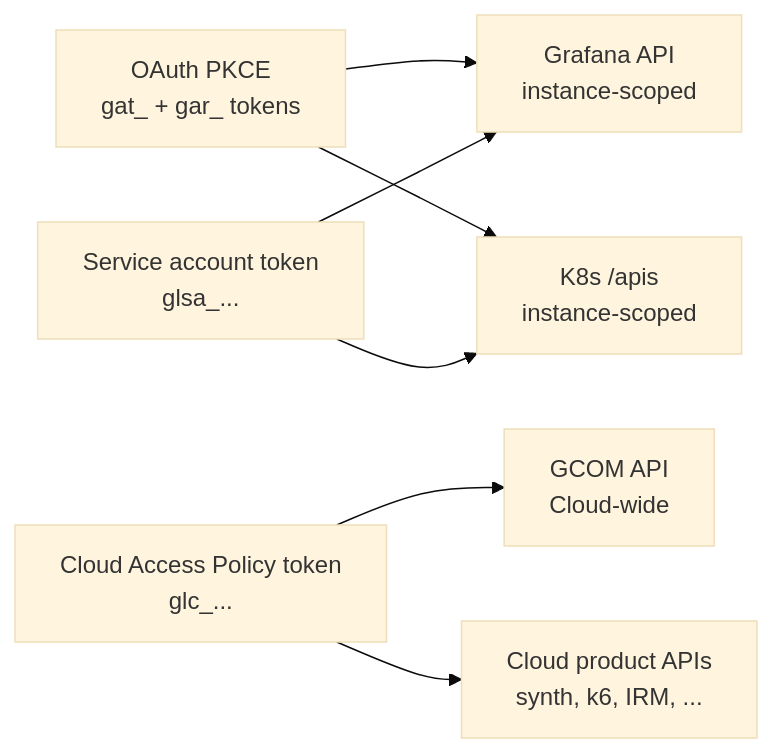
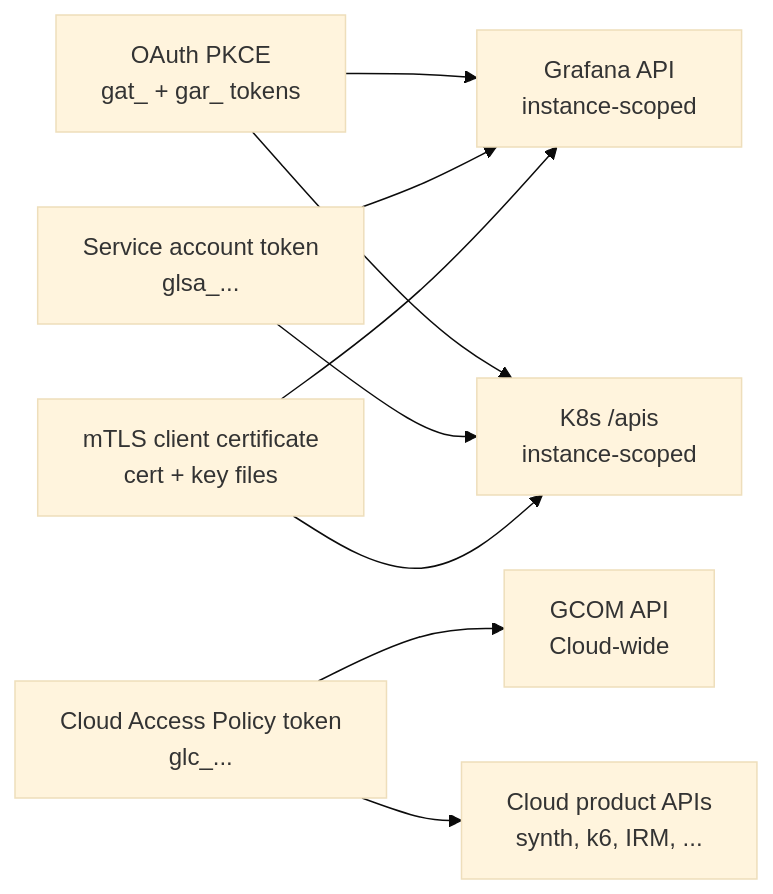
Before and after one commit to grafana/gcx: the first of 3 diagrams in docs/architecture/auth-system.md, drawn with Mermaid (base theme). The commit also changed other lines of this file and 17 other files, not shown here.

````diff
--- a/docs/architecture/auth-system.md
+++ b/docs/architecture/auth-system.md
@@ -13,18 +14,21 @@
 ```mermaid
 graph LR
     OAuth[OAuth PKCE<br/>gat_ + gar_ tokens]
     SA[Service account token<br/>glsa_...]
+    mTLS[mTLS client certificate<br/>cert + key files]
     CAP[Cloud Access Policy token<br/>glc_...]
 
     GrafanaAPI[Grafana API<br/>instance-scoped]
     K8sAPI[K8s /apis<br/>instance-scoped]
     GCOM[GCOM API<br/>Cloud-wide]
     CloudProd[Cloud product APIs<br/>synth, k6, IRM, ...]
 
     OAuth --> GrafanaAPI
     OAuth --> K8sAPI
     SA --> GrafanaAPI
     SA --> K8sAPI
+    mTLS --> GrafanaAPI
+    mTLS --> K8sAPI
     CAP --> GCOM
     CAP --> CloudProd
 ```
````
